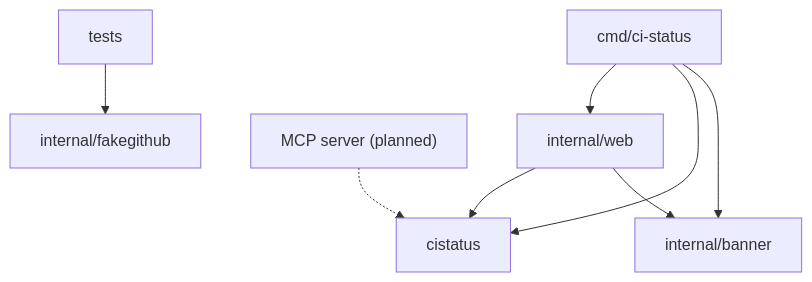
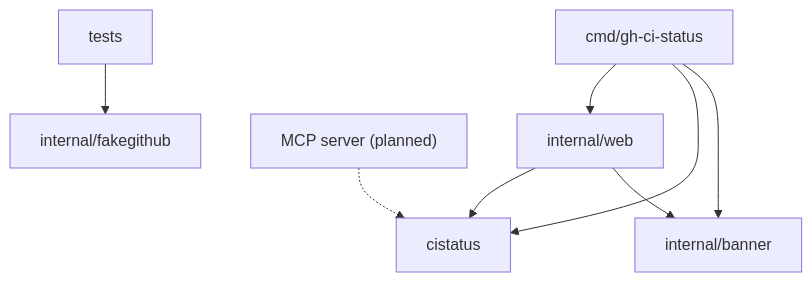
The diagram in docs/architecture.md (edespino/gh-ci-status), drawn with Mermaid before and after one commit. The commit also changed other lines of this file and 38 other files, not shown here.

````diff
--- a/docs/architecture.md
+++ b/docs/architecture.md
@@ -17,10 +17,10 @@
 ```mermaid
 flowchart TB
-    cmd["cmd/ci-status"] --> web["internal/web"]
+    cmd["cmd/gh-ci-status"] --> web["internal/web"]
     cmd --> lib["cistatus"]
     cmd --> banner["internal/banner"]
     web --> lib
     web --> banner
     mcp["MCP server (planned)"] -.-> lib
     tests["tests"] --> fake["internal/fakegithub"]
 ```
````
